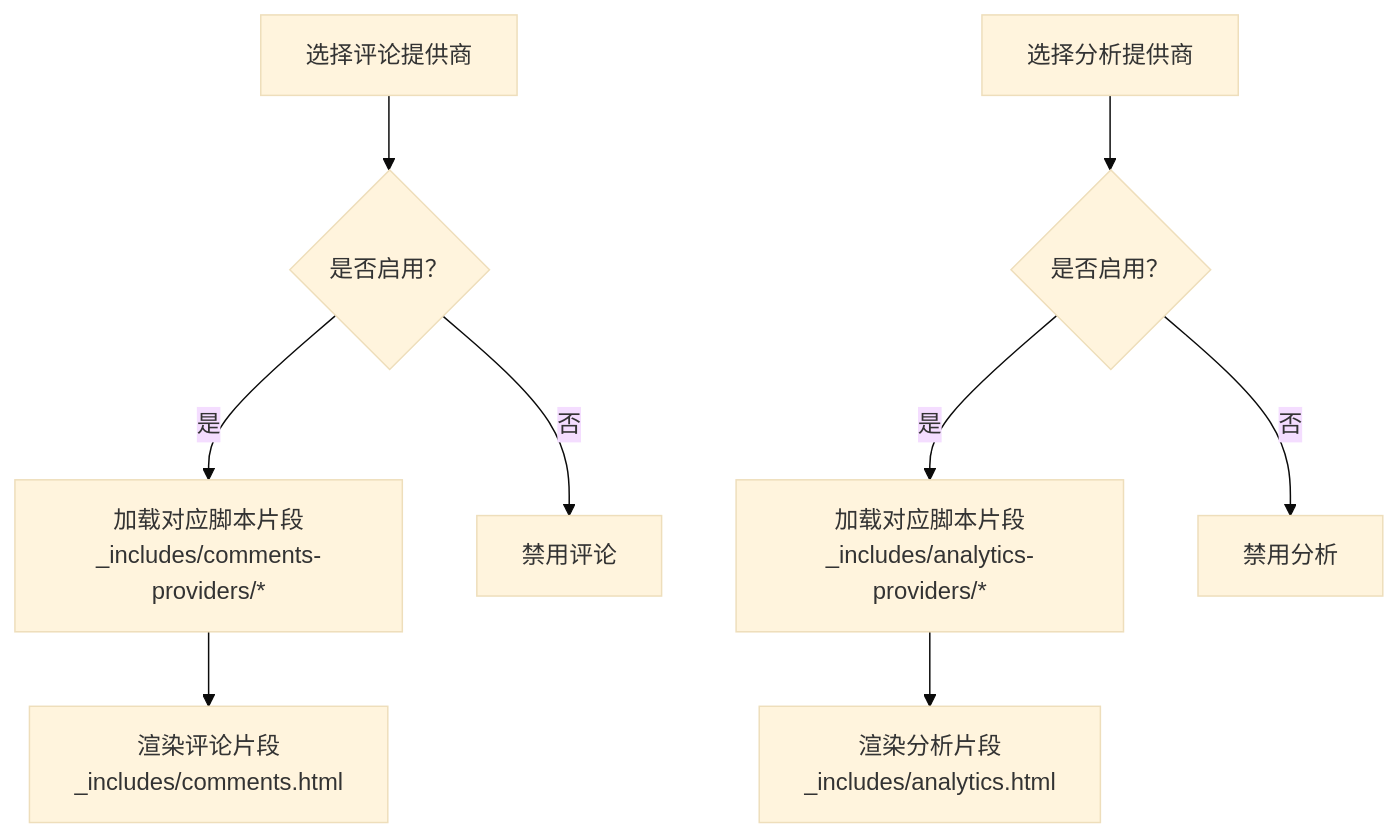
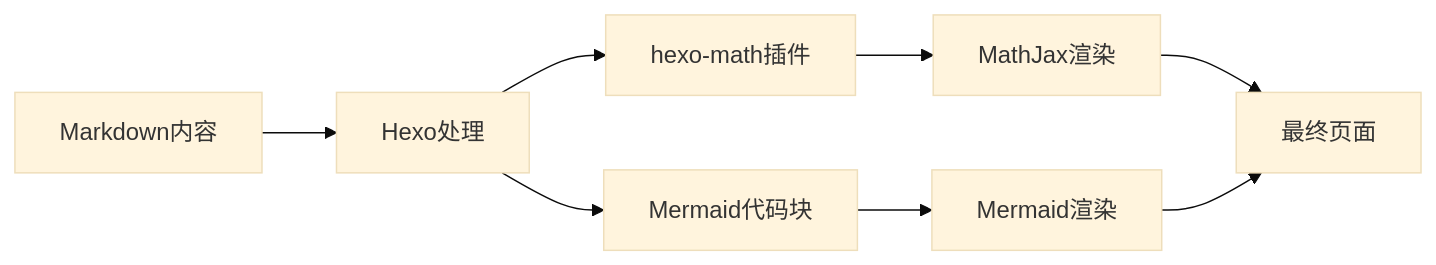
One commit to CoolPig0720/CoolPig0720.github.io changed the sixth of 8 diagrams in .qoder/repowiki/zh/content/项目概述/项目概述.md. Above: the diagram before and after it, drawn with Mermaid (base theme). The commit also changed other lines of this file and 36 other files, not shown here.

````diff
--- a/.qoder/repowiki/zh/content/项目概述/项目概述.md
+++ b/.qoder/repowiki/zh/content/项目概述/项目概述.md
@@ -332,11 +333,10 @@
 ```mermaid
-flowchart TD
-A["选择评论提供商"] --> B{"是否启用？"}
-B --> |是| C["加载对应脚本片段<br/>_includes/comments-providers/*"]
-B --> |否| D["禁用评论"]
-C --> E["渲染评论片段<br/>_includes/comments.html"]
-F["选择分析提供商"] --> G{"是否启用？"}
-G --> |是| H["加载对应脚本片段<br/>_includes/analytics-providers/*"]
-G --> |否| I["禁用分析"]
-H --> J["渲染分析片段<br/>_includes/analytics.html"]
+flowchart LR
+A["Markdown内容"] --> B["Hexo处理"]
+B --> C["hexo-math插件"]
+C --> D["MathJax渲染"]
+B --> E["Mermaid代码块"]
+E --> F["Mermaid渲染"]
+D --> G["最终页面"]
+F --> G
 ```
````
